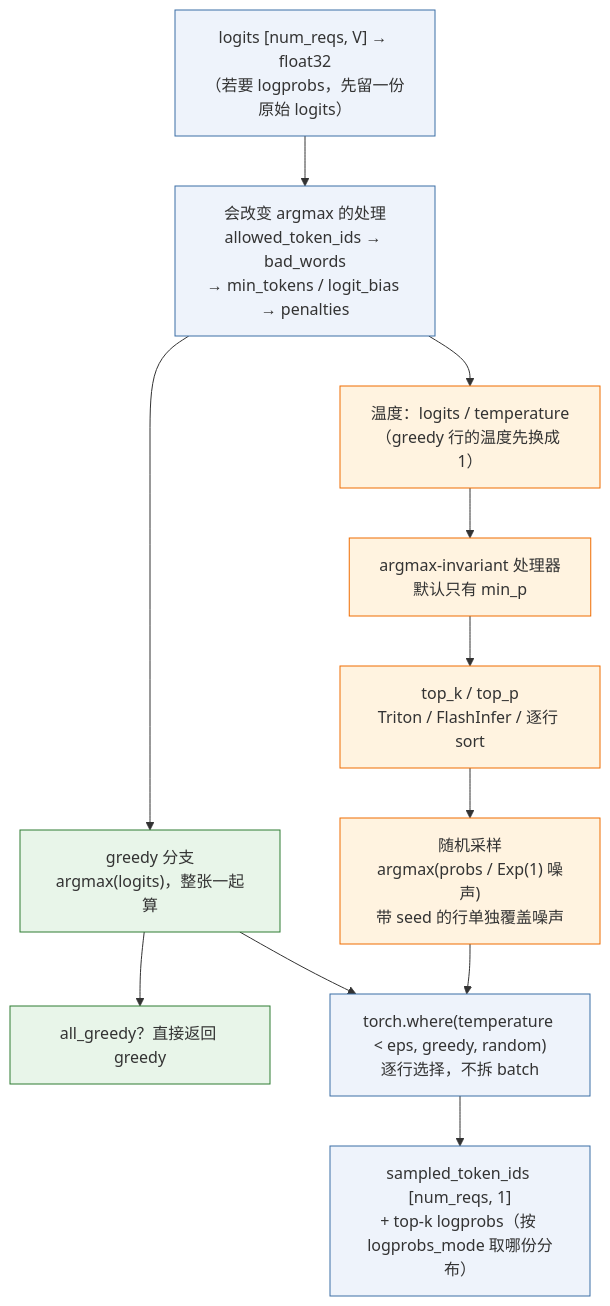
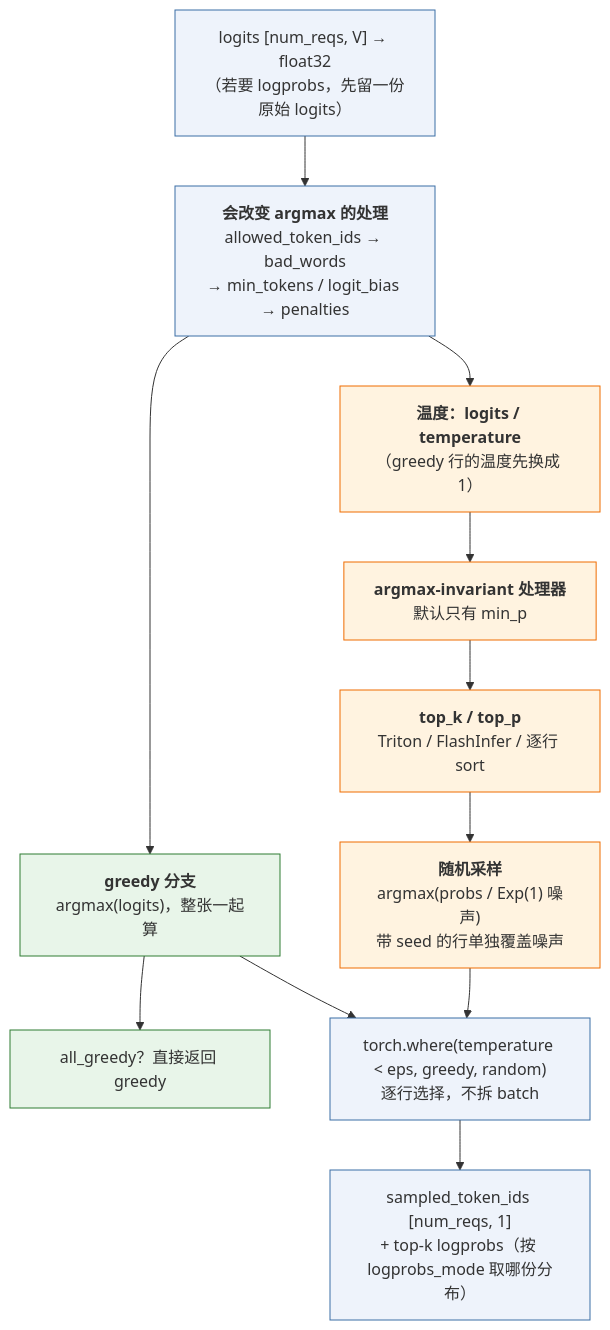
Before and after one commit to arganzheng/arganzheng.github.com: the diagram in _posts/2026-08-21-output-changes-sampling-and-structured-output.md, drawn with Mermaid. The commit also changed 14 other files, not shown here.

First line of the commit message:
大模型推理系统揭秘：从 vLLM 看 LLM Serving Infra 核心技术：Mermaid 多行方框的首行标为标题（15 篇）

````diff
--- a/_posts/2026-08-21-output-changes-sampling-and-structured-output.md
+++ b/_posts/2026-08-21-output-changes-sampling-and-structured-output.md
@@ -137,22 +137,22 @@
 ```mermaid
 %% 图：Sampler 的流水线：先共用会改变 argmax 的处理，再分 greedy 与随机采样两路，最后按行 torch.where 合流
 flowchart TB
     L["logits #91;num_reqs, V#93; → float32<br/>（若要 logprobs，先留一份原始 logits）"]
-    PRE["会改变 argmax 的处理<br/>allowed_token_ids → bad_words<br/>→ min_tokens / logit_bias → penalties"]
+    PRE["<b>会改变 argmax 的处理</b><br/>allowed_token_ids → bad_words<br/>→ min_tokens / logit_bias → penalties"]
     L --> PRE
-    PRE --> GR["greedy 分支<br/>argmax(logits)，整张一起算"]
-    PRE --> TEMP["温度：logits / temperature<br/>（greedy 行的温度先换成 1）"]
-    TEMP --> MINP["argmax-invariant 处理器<br/>默认只有 min_p"]
-    MINP --> TKP["top_k / top_p<br/>Triton / FlashInfer / 逐行 sort"]
-    TKP --> RND["随机采样<br/>argmax(probs / Exp(1) 噪声)<br/>带 seed 的行单独覆盖噪声"]
+    PRE --> GR["<b>greedy 分支</b><br/>argmax(logits)，整张一起算"]
+    PRE --> TEMP["<b>温度：logits / temperature</b><br/>（greedy 行的温度先换成 1）"]
+    TEMP --> MINP["<b>argmax-invariant 处理器</b><br/>默认只有 min_p"]
+    MINP --> TKP["<b>top_k / top_p</b><br/>Triton / FlashInfer / 逐行 sort"]
+    TKP --> RND["<b>随机采样</b><br/>argmax(probs / Exp(1) 噪声)<br/>带 seed 的行单独覆盖噪声"]
     GR --> ALLG["all_greedy？直接返回 greedy"]
     GR --> WH["torch.where(temperature < eps, greedy, random)<br/>逐行选择，不拆 batch"]
     RND --> WH
     WH --> OUT["sampled_token_ids #91;num_reqs, 1#93;<br/>+ top-k logprobs（按 logprobs_mode 取哪份分布）"]
     classDef shared fill:#eef3fb,stroke:#3b6ea5;
     classDef greedy fill:#e8f5e9,stroke:#2e7d32;
     classDef random fill:#fff3e0,stroke:#ef6c00;
     class L,PRE,WH,OUT shared;
     class GR,ALLG greedy;
     class TEMP,MINP,TKP,RND random;
 ```
````
